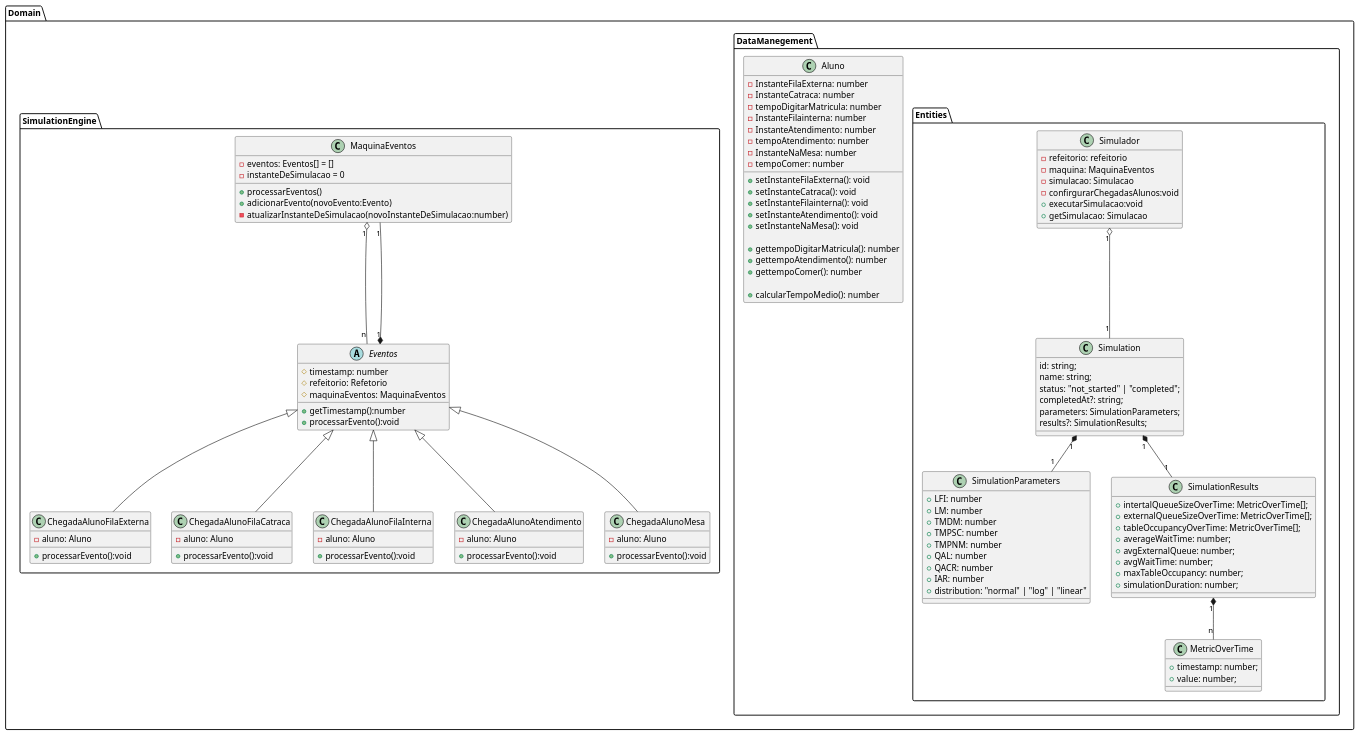
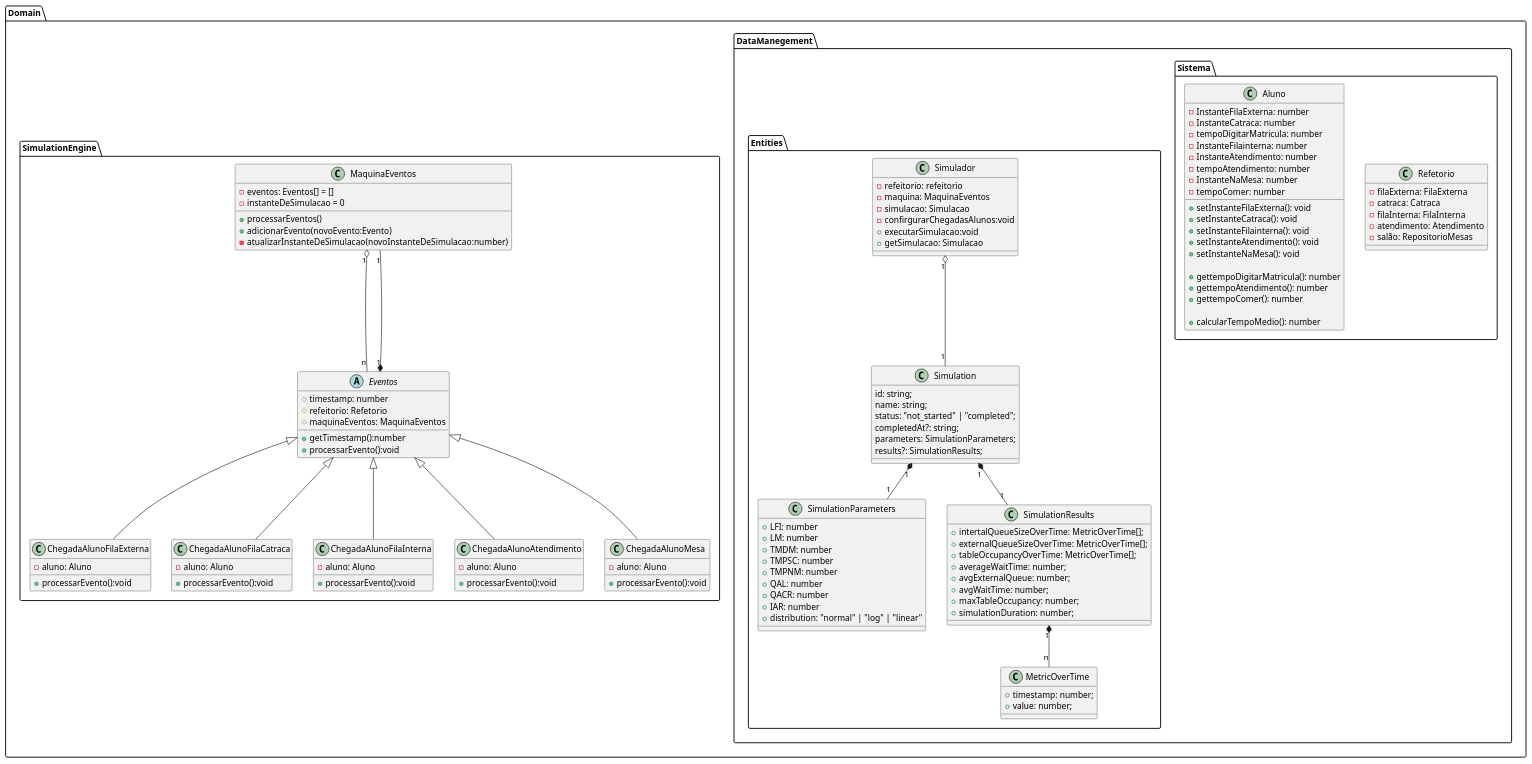
The diagram in design/class-Aluno.plantuml (Gstv2/sfr-template), drawn with PlantUML before and after one commit. The commit also changed 2 other files, not shown here.

```diff
--- a/design/class-Aluno.plantuml
+++ b/design/class-Aluno.plantuml
@@ -1,137 +1,147 @@
 @startuml FilaInterna/Aluno
-    package Domain.DataManegement{
+    package Domain.DataManegement.Sistema{
+        class Refetorio {
+            - filaExterna: FilaExterna
+            - catraca: Catraca
+            - filaInterna: FilaInterna
+            - atendimento: Atendimento
+            - salão: RepositorioMesas
+
+            
+        }
+        
         class Aluno {
             - InstanteFilaExterna: number
             - InstanteCatraca: number
             - tempoDigitarMatricula: number
             - InstanteFilainterna: number
             - InstanteAtendimento: number
             - tempoAtendimento: number
             - InstanteNaMesa: number
             - tempoComer: number
 
             + setInstanteFilaExterna(): void
             + setInstanteCatraca(): void
             + setInstanteFilainterna(): void
             + setInstanteAtendimento(): void
             + setInstanteNaMesa(): void
             
             + gettempoDigitarMatricula(): number
             + gettempoAtendimento(): number
             + gettempoComer(): number
             
             + calcularTempoMedio(): number
         }
     }
 
     package Domain.DataManegement.Entities{
         class Simulador {
             - refeitorio: refeitorio
             - maquina: MaquinaEventos
             - simulacao: Simulacao
             - confirgurarChegadasAlunos:void
             + executarSimulacao:void
             + getSimulacao: Simulacao
         }
 
         class SimulationParameters {
             + LFI: number
             + LM: number
             + TMDM: number
             + TMPSC: number
             + TMPNM: number
             + QAL: number
             + QACR: number
             + IAR: number
             + distribution: "normal" | "log" | "linear"
         }
 
         class SimulationResults {
             + intertalQueueSizeOverTime: MetricOverTime[];
             + externalQueueSizeOverTime: MetricOverTime[];
             + tableOccupancyOverTime: MetricOverTime[];
             + averageWaitTime: number;
             + avgExternalQueue: number;
             + avgWaitTime: number;
             + maxTableOccupancy: number;
             + simulationDuration: number;
         }
 
         class MetricOverTime {
             + timestamp: number;
             +value: number;
         }
 
         class Simulation {
             id: string;
             name: string;
             status: "not_started" | "completed";
             completedAt?: string;
             parameters: SimulationParameters;
             results?: SimulationResults;
         }
     }
 
         package Domain.SimulationEngine{
 
         ' Classe da Maquina de Eventos
             class MaquinaEventos {
                 - eventos: Eventos[] = []
                 - instanteDeSimulacao = 0
                 + processarEventos()
                 + adicionarEvento(novoEvento:Evento)
                 -  atualizarInstanteDeSimulacao(novoInstanteDeSimulacao:number)
             }
 
         ' Classe abstrata de Eventos
             abstract class Eventos {
                 # timestamp: number
                 # refeitorio: Refetorio
                 # maquinaEventos: MaquinaEventos
 
                 + getTimestamp():number
                 + processarEvento():void
             }
 
 
         ' Eventos
             class ChegadaAlunoFilaExterna {
                 - aluno: Aluno
                 + processarEvento():void
             }
             class ChegadaAlunoFilaCatraca {
                 - aluno: Aluno
                 + processarEvento():void
             }
             class ChegadaAlunoFilaInterna {
                 - aluno: Aluno
                 + processarEvento():void
             }
             class ChegadaAlunoAtendimento {
                 - aluno: Aluno
                 + processarEvento():void
             }
             class ChegadaAlunoMesa {
                 - aluno: Aluno
                 + processarEvento():void
             }
         }
 
         ' relacionamentos
         Simulador "1" o-- "1" Simulation
         Simulation "1" *-- "1" SimulationParameters
         Simulation "1" *-- "1" SimulationResults
         SimulationResults "1" *-- "n" MetricOverTime
 
 
         MaquinaEventos "1" o-- "n" Eventos
         MaquinaEventos "1" --* "1" Eventos
 
         Eventos ^-- ChegadaAlunoFilaExterna
         Eventos ^-- ChegadaAlunoFilaCatraca
         Eventos ^-- ChegadaAlunoFilaInterna
         Eventos ^-- ChegadaAlunoAtendimento
         Eventos ^-- ChegadaAlunoMesa
 
 
 @enduml
```
